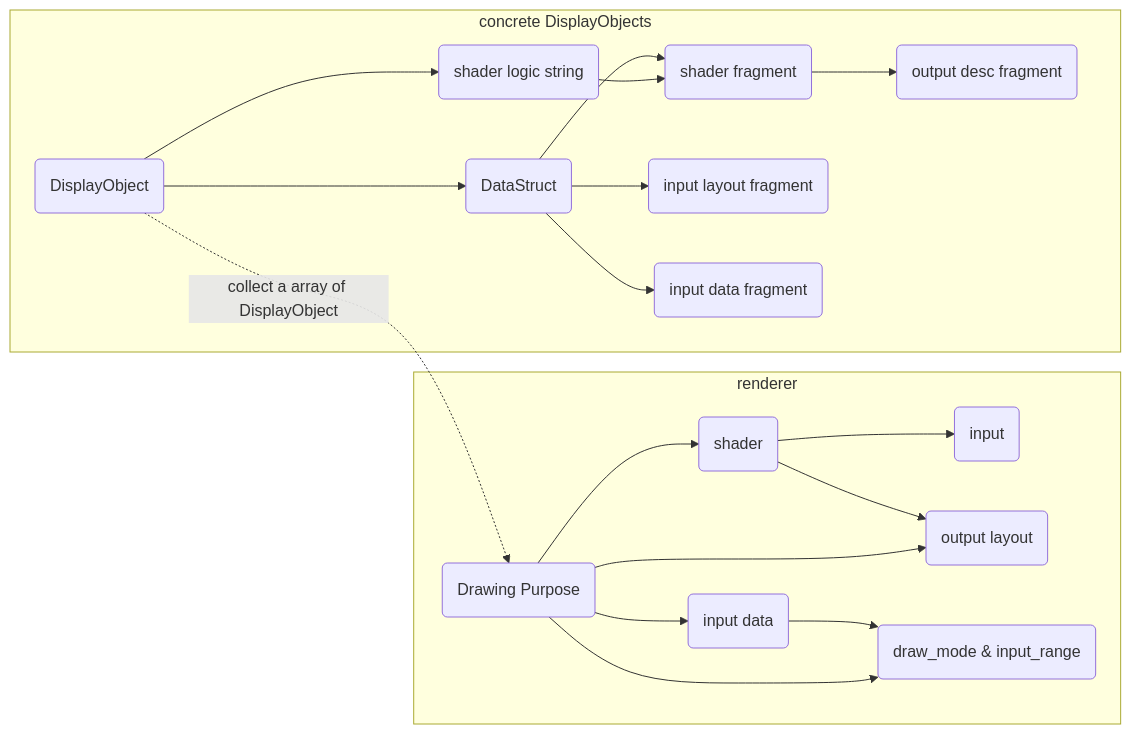
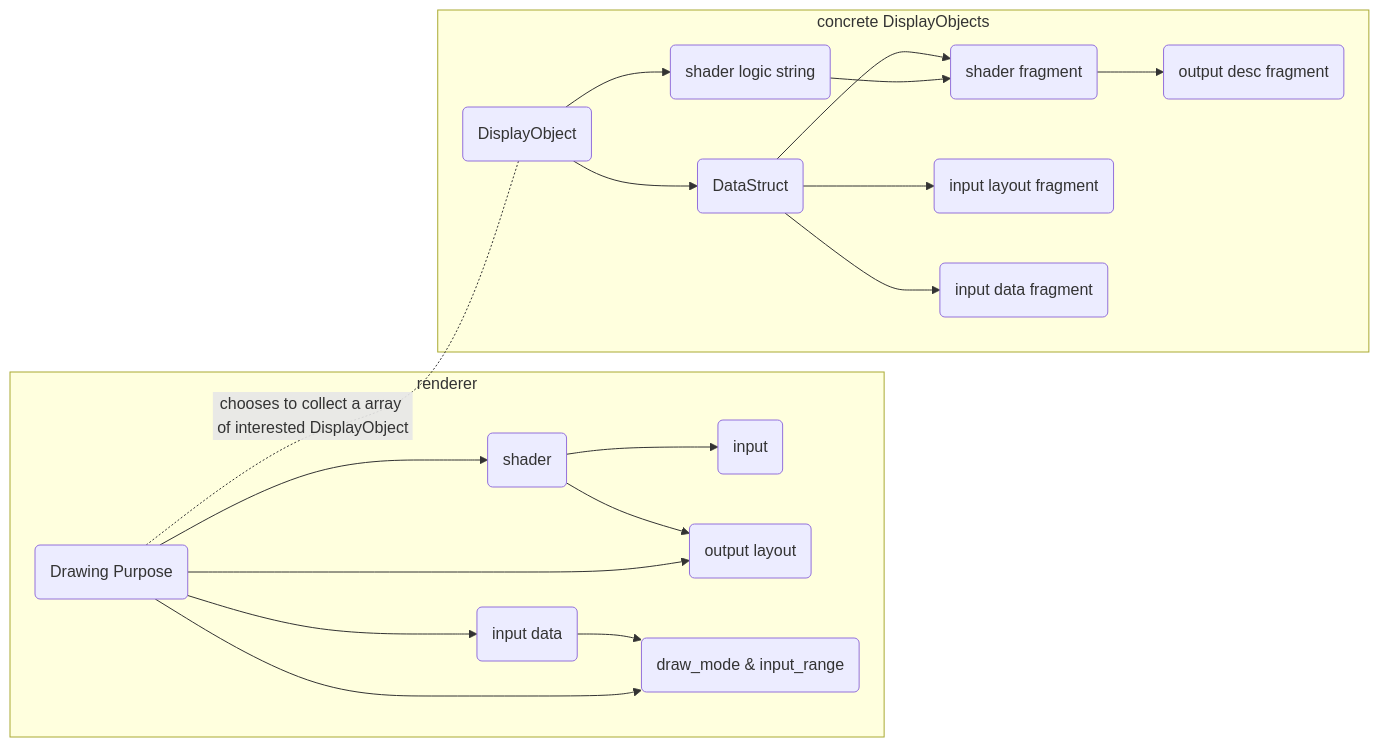
Before and after one commit to michael8090/learn-webgpu-ts: the diagram in design.md, drawn with Mermaid. The commit also changed other lines of this file, not shown here.

````diff
--- a/design.md
+++ b/design.md
@@ -48,22 +48,22 @@
 ```mermaid
 graph LR;
 subgraph renderer
 A(Drawing Purpose) --> B(shader) --> C(input)
                                B --> C1(output layout)
                 A--> C1(output layout)
                 A--> E(input data) --> F(draw_mode & input_range)
                 A--> F
 end
 
 subgraph concrete DisplayObjects
 a1(DisplayObject) --> a6(DataStruct) --> a2
                 a1--> a7(shader logic string)
                 a7-->a2(shader fragment)
                 a6--> a3(input layout fragment)
                 a2--> a4(output desc fragment)
                 a6--> a5(input data fragment)
 end
 
-a1 -. collect a array of DisplayObject .-> A
+A -. chooses to collect a array of interested DisplayObject .- a1
 
 ```
````
